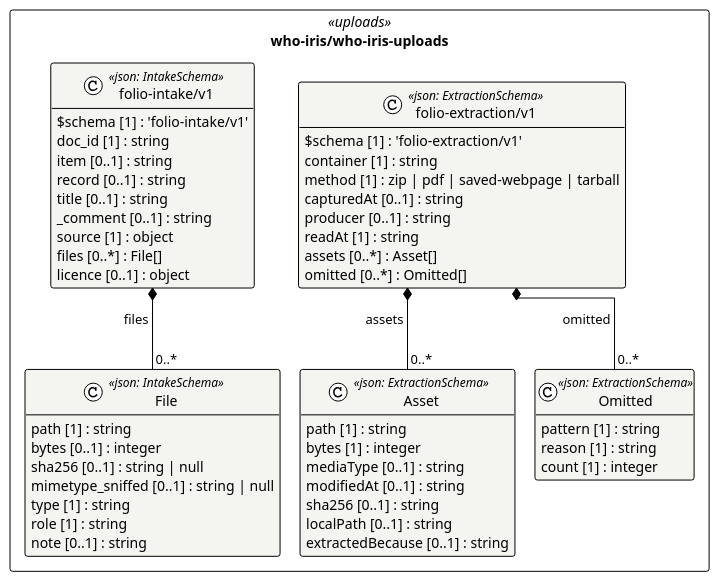
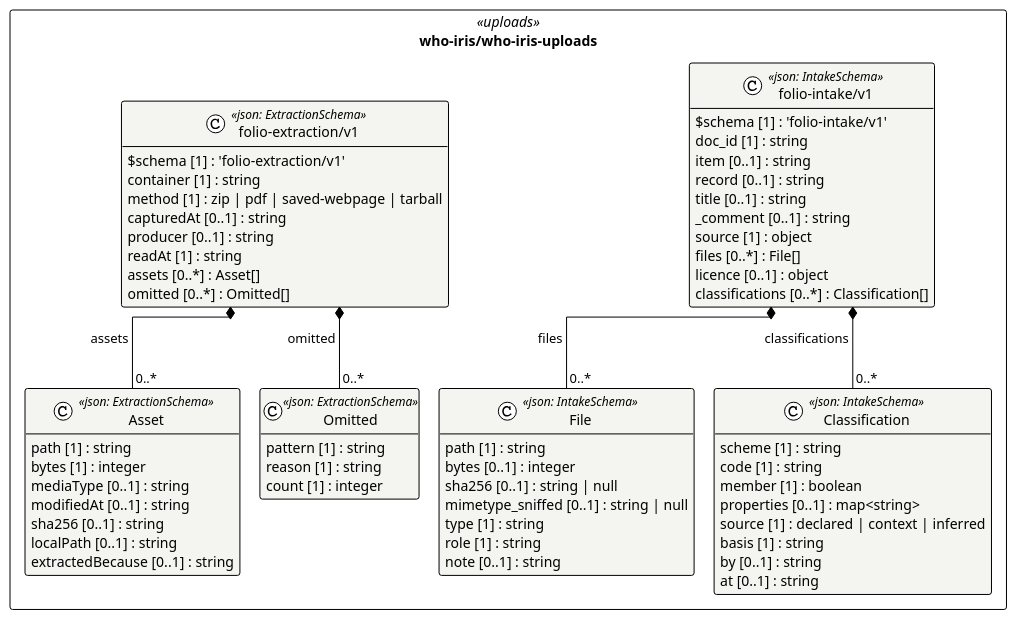
One commit to litlfred/folio-assistant changed the diagram in cat-harness/uml/overview/who-iris/who-iris-uploads.puml. Above: the diagram before and after it, drawn with PlantUML. The commit also changed 62 other files, not shown here.

First line of the commit message:
Regenerate derived artefacts for the intake classifications and skill edits (skill:register)

```diff
--- a/cat-harness/uml/overview/who-iris/who-iris-uploads.puml
+++ b/cat-harness/uml/overview/who-iris/who-iris-uploads.puml
@@ -3,59 +3,71 @@
 @startuml who_iris_who_iris_uploads
 !pragma layout elk
 !theme plain
 skinparam classAttributeIconSize 0
 skinparam shadowing false
 skinparam packageStyle rectangle
 hide empty methods
 
 package "who-iris/who-iris-uploads" as pkg_who_iris_who_iris_uploads <<uploads>> {
   class "Asset" as who_iris_who_iris_uploads_folio_extraction_v1_Asset <<json: ExtractionSchema>> #f4f4f1 {
     path [1] : string
     bytes [1] : integer
     mediaType [0..1] : string
     modifiedAt [0..1] : string
     sha256 [0..1] : string
     localPath [0..1] : string
     extractedBecause [0..1] : string
   }
   class "Omitted" as who_iris_who_iris_uploads_folio_extraction_v1_Omitted <<json: ExtractionSchema>> #f4f4f1 {
     pattern [1] : string
     reason [1] : string
     count [1] : integer
   }
   class "folio-extraction/v1" as who_iris_who_iris_uploads_folio_extraction_v1_folio_extraction_v1 <<json: ExtractionSchema>> #f4f4f1 {
     $schema [1] : 'folio-extraction/v1'
     container [1] : string
     method [1] : zip | pdf | saved-webpage | tarball
     capturedAt [0..1] : string
     producer [0..1] : string
     readAt [1] : string
     assets [0..*] : Asset[]
     omitted [0..*] : Omitted[]
   }
   class "File" as who_iris_who_iris_uploads_folio_intake_v1_File <<json: IntakeSchema>> #f4f4f1 {
     path [1] : string
     bytes [0..1] : integer
     sha256 [0..1] : string | null
     mimetype_sniffed [0..1] : string | null
     type [1] : string
     role [1] : string
     note [0..1] : string
   }
+  class "Classification" as who_iris_who_iris_uploads_folio_intake_v1_Classification <<json: IntakeSchema>> #f4f4f1 {
+    scheme [1] : string
+    code [1] : string
+    member [1] : boolean
+    properties [0..1] : map<string>
+    source [1] : declared | context | inferred
+    basis [1] : string
+    by [0..1] : string
+    at [0..1] : string
+  }
   class "folio-intake/v1" as who_iris_who_iris_uploads_folio_intake_v1_folio_intake_v1 <<json: IntakeSchema>> #f4f4f1 {
     $schema [1] : 'folio-intake/v1'
     doc_id [1] : string
     item [0..1] : string
     record [0..1] : string
     title [0..1] : string
     _comment [0..1] : string
     source [1] : object
     files [0..*] : File[]
     licence [0..1] : object
+    classifications [0..*] : Classification[]
   }
 }
 
 who_iris_who_iris_uploads_folio_extraction_v1_folio_extraction_v1 *-- "0..*" who_iris_who_iris_uploads_folio_extraction_v1_Asset : assets
 who_iris_who_iris_uploads_folio_extraction_v1_folio_extraction_v1 *-- "0..*" who_iris_who_iris_uploads_folio_extraction_v1_Omitted : omitted
 who_iris_who_iris_uploads_folio_intake_v1_folio_intake_v1 *-- "0..*" who_iris_who_iris_uploads_folio_intake_v1_File : files
+who_iris_who_iris_uploads_folio_intake_v1_folio_intake_v1 *-- "0..*" who_iris_who_iris_uploads_folio_intake_v1_Classification : classifications
 @enduml
```
